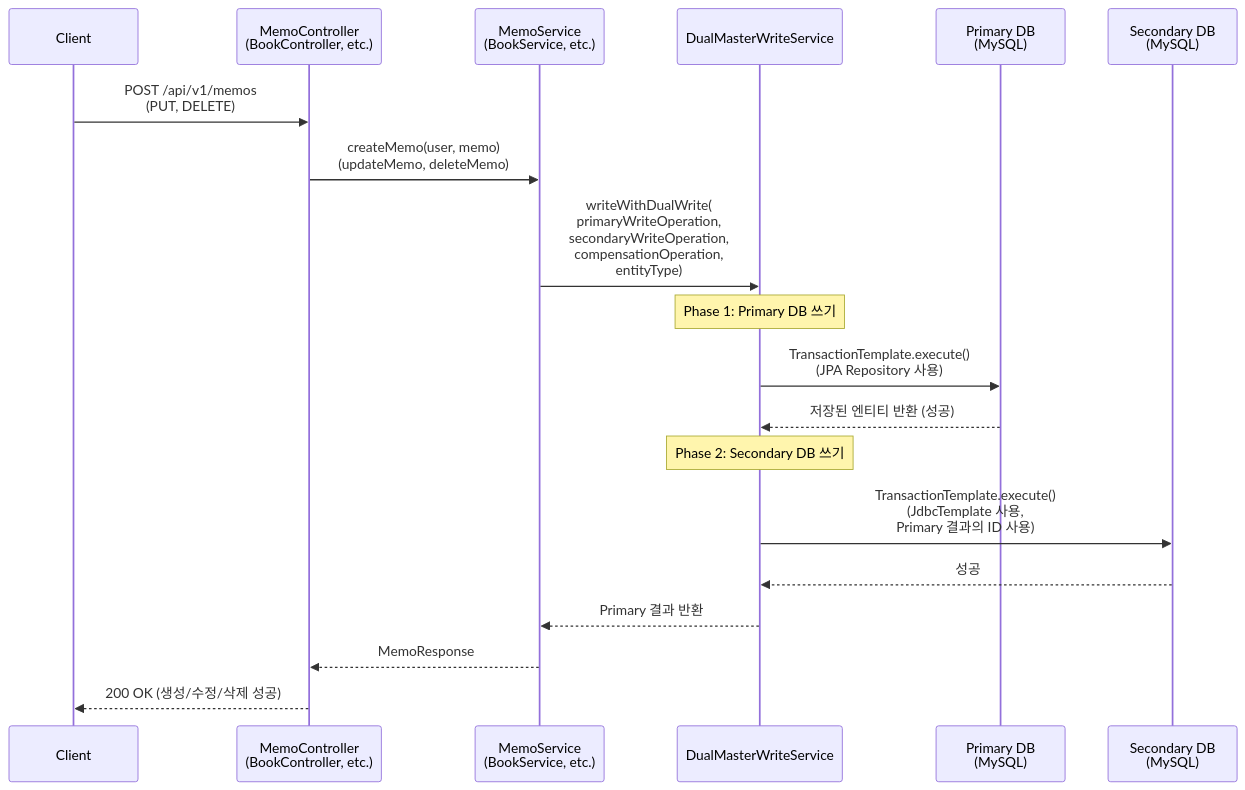
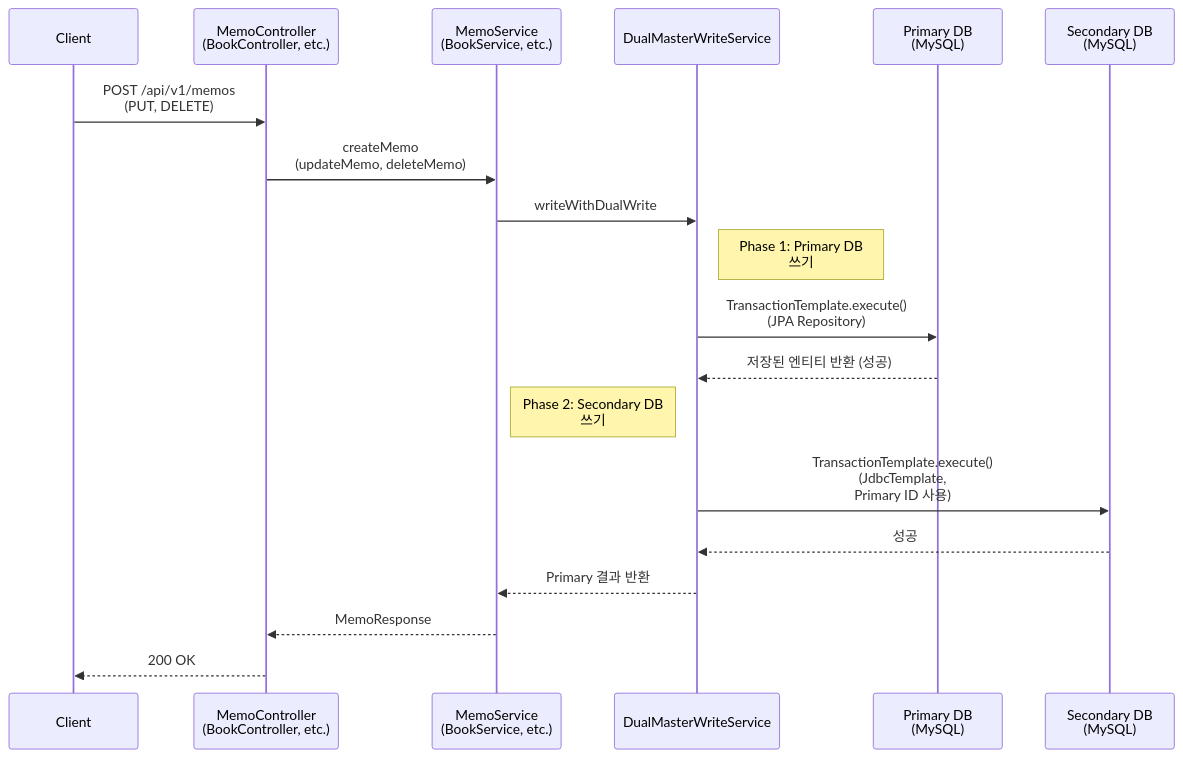
Before and after one commit to Park-Yena00/Reading_tracker: the fourth of 7 diagrams in docs/architecture/SCENARIO2_RUNTIME_VIEW.md, drawn with Mermaid. The commit also changed other lines of this file and 2 other files, not shown here.

First line of the commit message:
docs: 다이어그램 선과 주석 겹침 문제 수정

````diff
--- a/docs/architecture/SCENARIO2_RUNTIME_VIEW.md
+++ b/docs/architecture/SCENARIO2_RUNTIME_VIEW.md
@@ -108,26 +105,25 @@
 ```mermaid
 sequenceDiagram
     participant Client
     participant Controller as MemoController<br/>(BookController, etc.)
     participant Service as MemoService<br/>(BookService, etc.)
     participant WriteService as DualMasterWriteService
     participant PrimaryDB as Primary DB<br/>(MySQL)
     participant SecondaryDB as Secondary DB<br/>(MySQL)
 
     Client->>Controller: POST /api/v1/memos<br/>(PUT, DELETE)
-    Controller->>Service: createMemo(user, memo)<br/>(updateMemo, deleteMemo)
+    Controller->>Service: createMemo<br/>(updateMemo, deleteMemo)
+    Service->>WriteService: writeWithDualWrite
     
-    Service->>WriteService: writeWithDualWrite(<br/>primaryWriteOperation,<br/>secondaryWriteOperation,<br/>compensationOperation,<br/>entityType)
-    
-    Note over WriteService: Phase 1: Primary DB 쓰기
-    WriteService->>PrimaryDB: TransactionTemplate.execute()<br/>(JPA Repository 사용)
+    Note right of WriteService: Phase 1: Primary DB<br/>쓰기
+    WriteService->>PrimaryDB: TransactionTemplate.execute()<br/>(JPA Repository)
     PrimaryDB-->>WriteService: 저장된 엔티티 반환 (성공)
     
-    Note over WriteService: Phase 2: Secondary DB 쓰기
-    WriteService->>SecondaryDB: TransactionTemplate.execute()<br/>(JdbcTemplate 사용,<br/>Primary 결과의 ID 사용)
+    Note left of WriteService: Phase 2: Secondary DB<br/>쓰기
+    WriteService->>SecondaryDB: TransactionTemplate.execute()<br/>(JdbcTemplate,<br/>Primary ID 사용)
     SecondaryDB-->>WriteService: 성공
     
     WriteService-->>Service: Primary 결과 반환
     Service-->>Controller: MemoResponse
-    Controller-->>Client: 200 OK (생성/수정/삭제 성공)
+    Controller-->>Client: 200 OK
 ```
````
